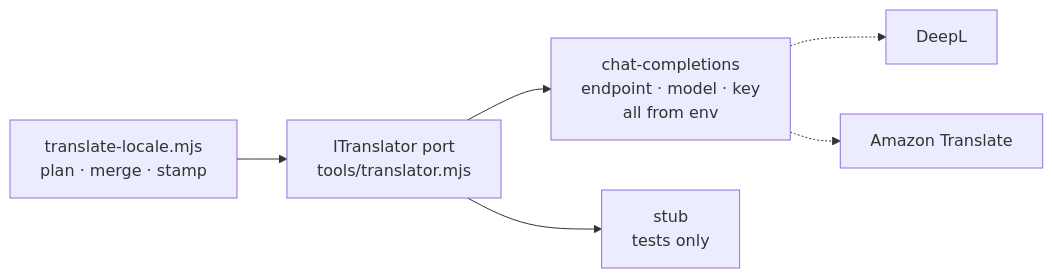
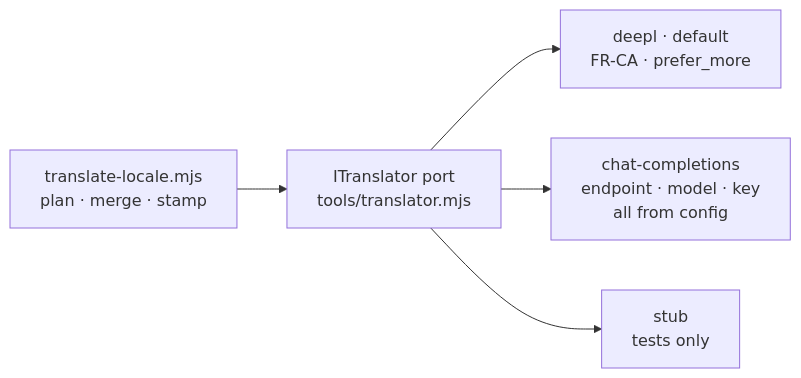
The diagram in docs/decisions/ADR-0022-translation-provider-is-configuration.md (HPAC-Safety/safety-report), drawn with Mermaid before and after one commit. The commit also changed other lines of this file and 9 other files, not shown here.

````diff
--- a/docs/decisions/ADR-0022-translation-provider-is-configuration.md
+++ b/docs/decisions/ADR-0022-translation-provider-is-configuration.md
@@ -48,8 +46,7 @@
 ```mermaid
 flowchart LR
     cli["translate-locale.mjs<br/>plan · merge · stamp"] --> port["ITranslator port<br/>tools/translator.mjs"]
-    port --> cc["chat-completions<br/>endpoint · model · key<br/>all from env"]
+    port --> dl["deepl · default<br/>FR-CA · prefer_more"]
+    port --> cc["chat-completions<br/>endpoint · model · key<br/>all from config"]
     port --> stub["stub<br/>tests only"]
-    cc -.-> deepl["DeepL"]
-    cc -.-> amz["Amazon Translate"]
 ```
````
